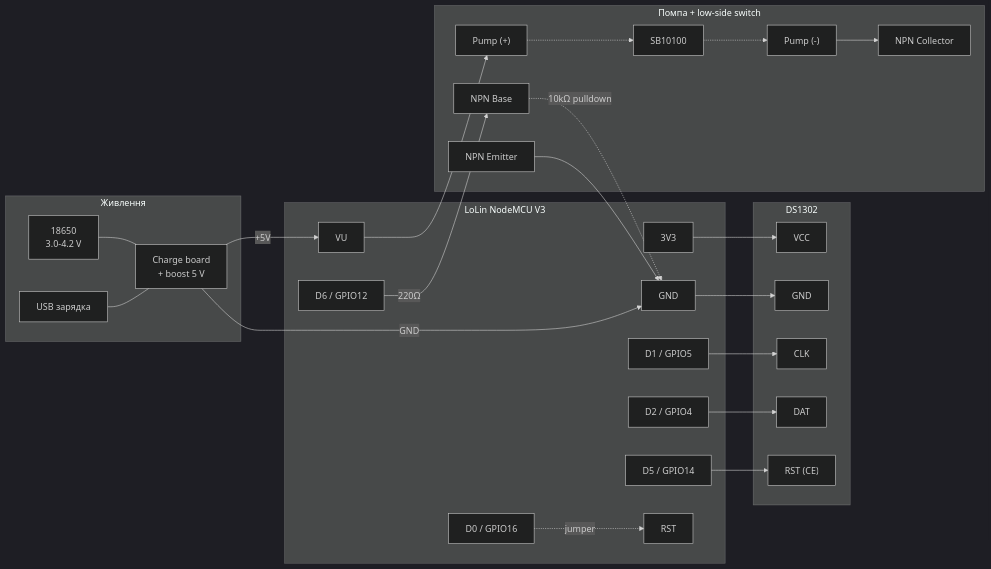
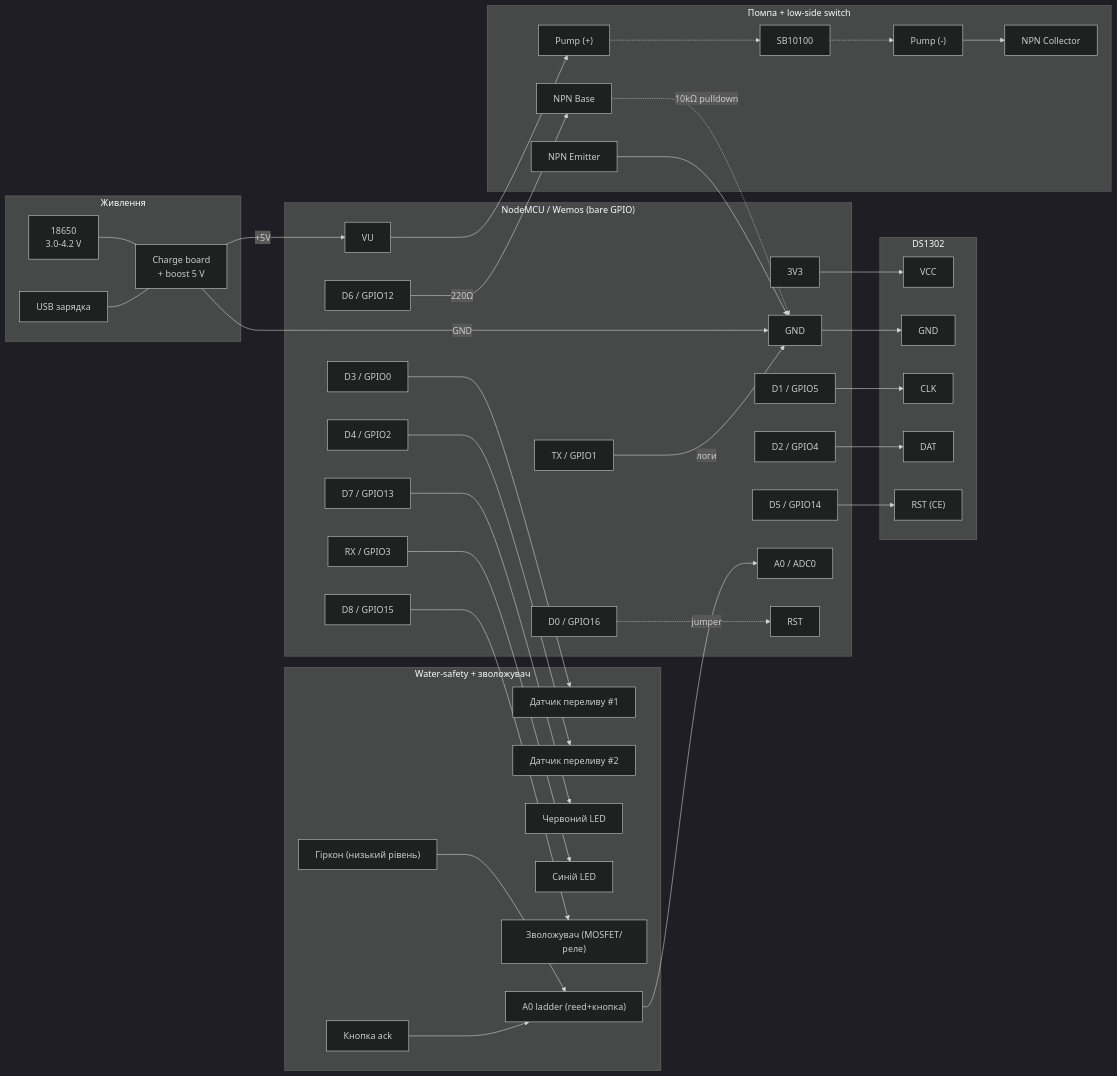
One commit to OleksandrGonchar/watering changed the diagram in README.md. Above: the diagram before and after it, drawn with Mermaid (dark theme). The commit also changed other lines of this file and 29 other files, not shown here.

````diff
--- a/README.md
+++ b/README.md
@@ -79,7 +115,7 @@
         USB --- CHG
     end
 
-    subgraph NMCU["LoLin NodeMCU V3"]
+    subgraph NMCU["NodeMCU / Wemos (bare GPIO)"]
         VU["VU"]
         GND["GND"]
         V3V3["3V3"]
@@ -87,6 +123,13 @@
         D2["D2 / GPIO4"]
         D5["D5 / GPIO14"]
         D6["D6 / GPIO12"]
+        D7["D7 / GPIO13"]
+        D8["D8 / GPIO15"]
+        D3["D3 / GPIO0"]
+        D4["D4 / GPIO2"]
+        RX["RX / GPIO3"]
+        TX["TX / GPIO1"]
+        A0p["A0 / ADC0"]
         D0["D0 / GPIO16"]
         RST["RST"]
     end
@@ -108,6 +151,17 @@
         Me["NPN Emitter"]
     end
 
+    subgraph SAFE["Water-safety + зволожувач"]
+        OF1["Датчик переливу #1"]
+        OF2["Датчик переливу #2"]
+        REED["Гіркон (низький рівень)"]
+        BTN["Кнопка ack"]
+        LEDR["Червоний LED"]
+        LEDB["Синій LED"]
+        HUM["Зволожувач (MOSFET/реле)"]
+        LADDER["A0 ladder (reed+кнопка)"]
+    end
+
     CHG -->|"+5V"| VU
     CHG -->|GND| GND
     D0 -.->|"jumper"| RST
@@ -125,4 +179,15 @@
     Pm --> Mc
     Pp -.-> Diode
     Diode -.-> Pm
+
+    D3 --> OF1
+    D4 --> OF2
+    D7 --> LEDR
+    RX --> LEDB
+    D8 --> HUM
+    REED --> LADDER
+    BTN --> LADDER
+    LADDER --> A0p
+    TX -->|"логи"| GND
+
 ```
````
